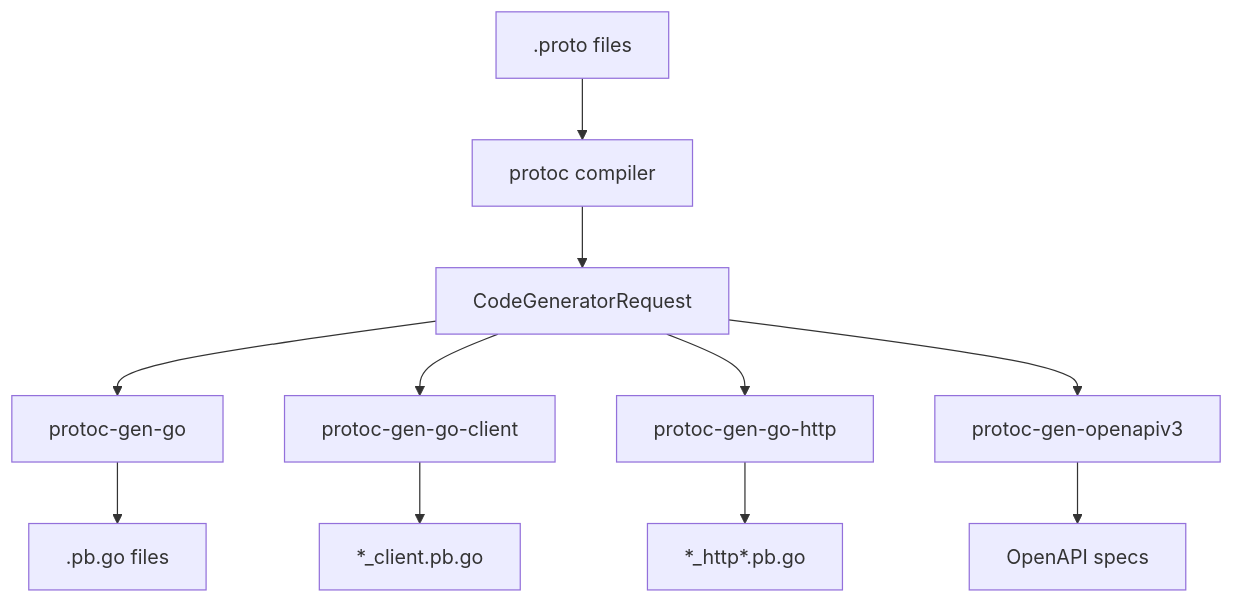
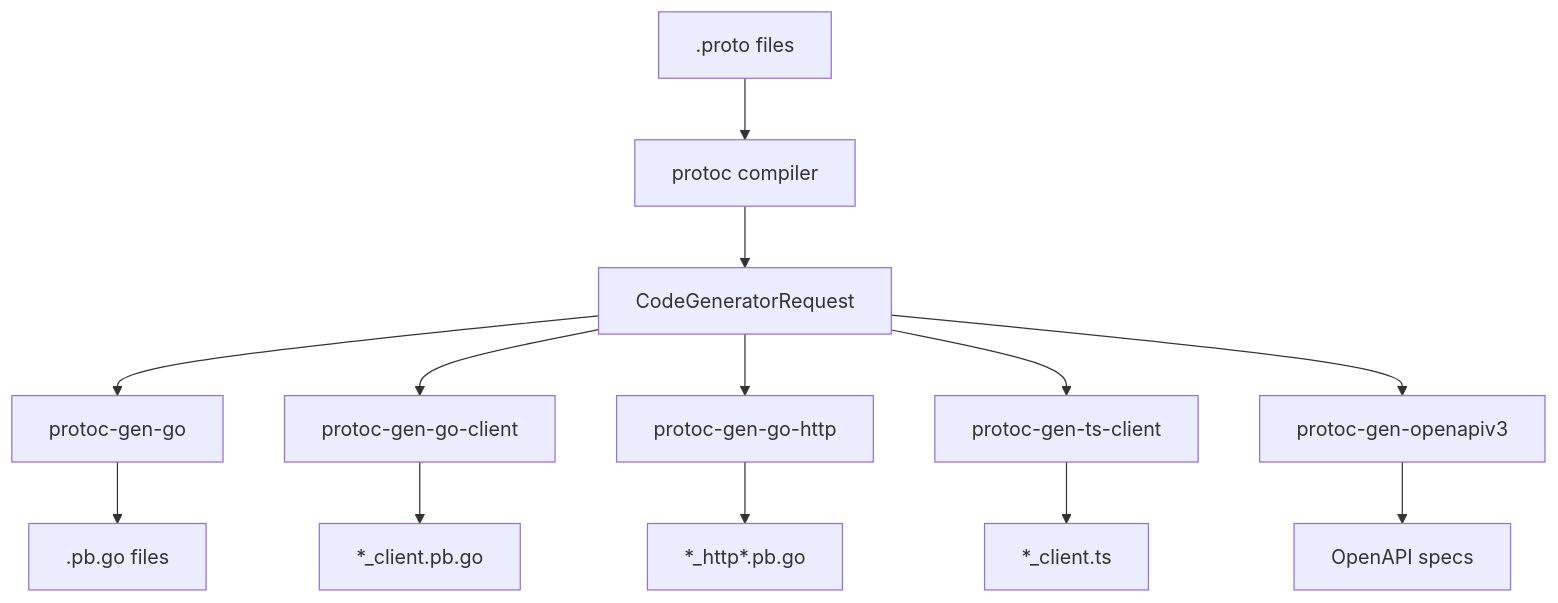
One commit to SebastienMelki/sebuf changed the diagram in docs/architecture.md. Above: the diagram before and after it, drawn with Mermaid. The commit also changed other lines of this file and 7 other files, not shown here.

First line of the commit message:
docs: add protoc-gen-ts-client to all project docs

````diff
--- a/docs/architecture.md
+++ b/docs/architecture.md
@@ -81,14 +82,16 @@
 ```mermaid
 graph TD
     A[.proto files] --> B[protoc compiler]
     B --> C[CodeGeneratorRequest]
     C --> D[protoc-gen-go]
     C --> E[protoc-gen-go-client]
     C --> F[protoc-gen-go-http]
-    C --> G[protoc-gen-openapiv3]
+    C --> G[protoc-gen-ts-client]
+    C --> H[protoc-gen-openapiv3]
 
-    D --> H[.pb.go files]
-    E --> I[*_client.pb.go]
-    F --> J[*_http*.pb.go]
-    G --> K[OpenAPI specs]
+    D --> I[.pb.go files]
+    E --> J[*_client.pb.go]
+    F --> K[*_http*.pb.go]
+    G --> L[*_client.ts]
+    H --> M[OpenAPI specs]
 ```
````
